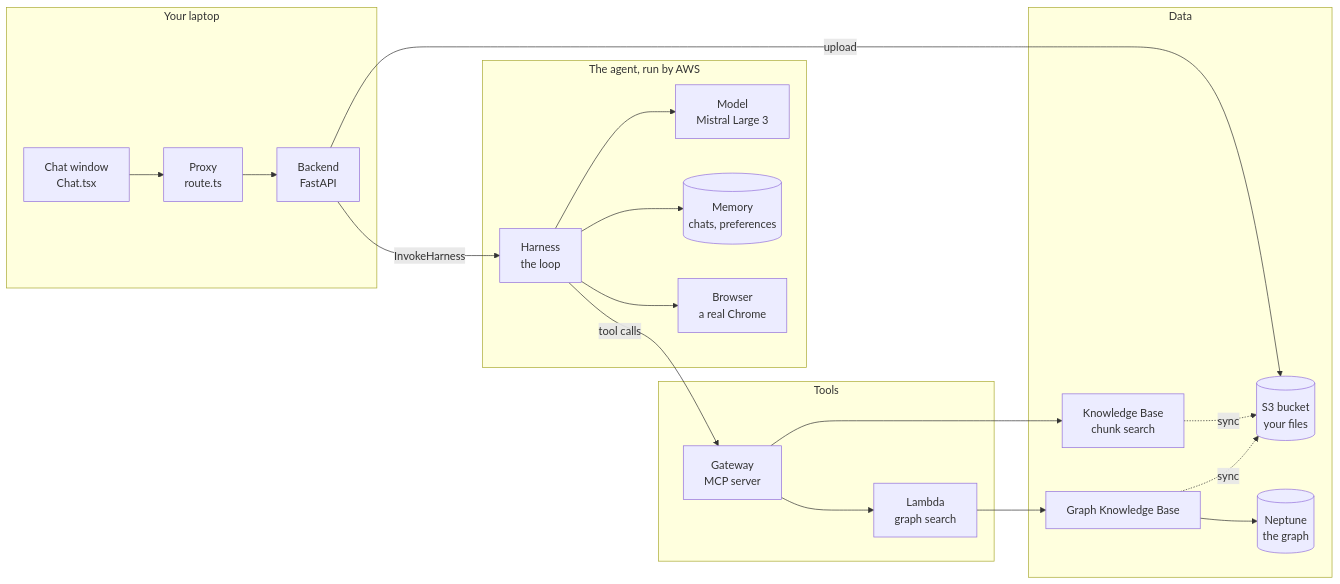
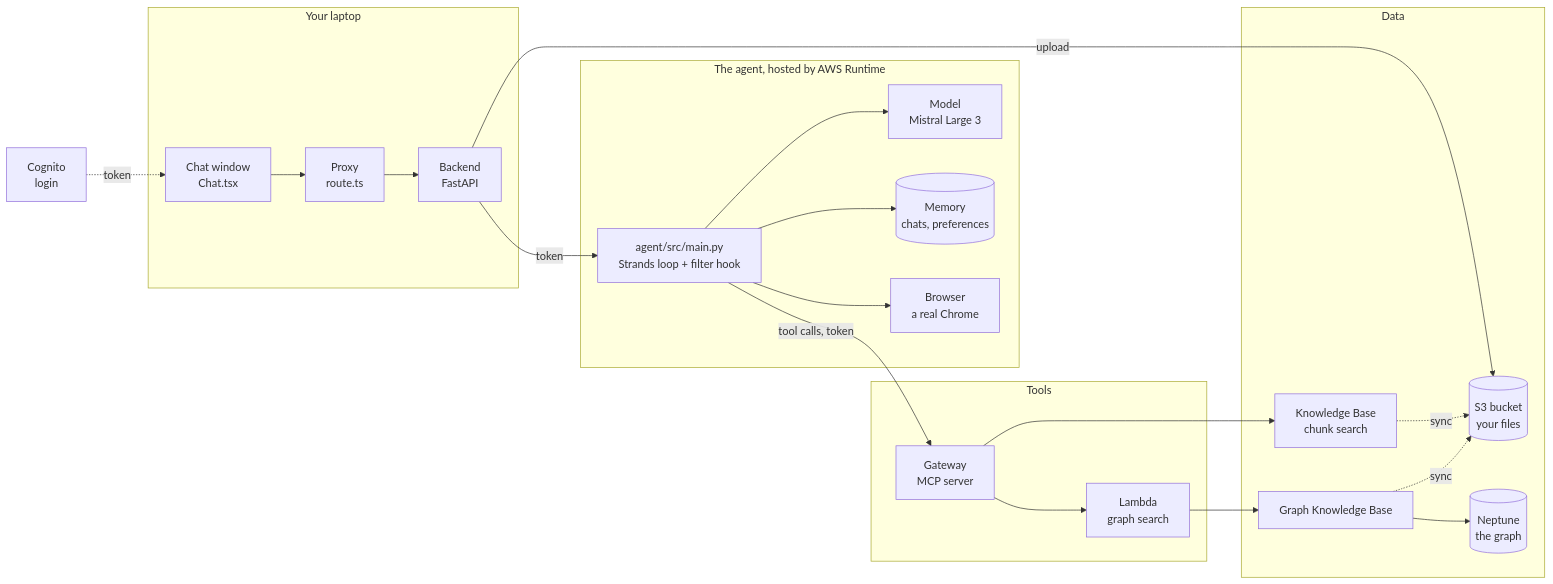
The first of 21 diagrams in docs/course.md (yashzord/Docs_Copilot), drawn with Mermaid before and after one commit. The commit also changed other lines of this file and 5 other files, not shown here.

First line of the commit message:
docs: course, README and demo for the login, the Runtime agent and the Cedar policy

````diff
--- a/docs/course.md
+++ b/docs/course.md
@@ -35,26 +35,27 @@
 ```mermaid
 flowchart LR
     subgraph L[Your laptop]
         B[Chat window<br/>Chat.tsx] --> P[Proxy<br/>route.ts] --> F[Backend<br/>FastAPI]
     end
-    subgraph A[The agent, run by AWS]
-        H[Harness<br/>the loop] --> M[Model<br/>Mistral Large 3]
+        subgraph A[The agent, hosted by AWS Runtime]
+        H[agent/src/main.py<br/>Strands loop + filter hook] --> M[Model<br/>Mistral Large 3]
         H --> Me[(Memory<br/>chats, preferences)]
         H --> W[Browser<br/>a real Chrome]
     end
     subgraph T[Tools]
         G[Gateway<br/>MCP server] --> La[Lambda<br/>graph search]
     end
     subgraph D[Data]
         S[(S3 bucket<br/>your files)]
         K[Knowledge Base<br/>chunk search]
         GK[Graph Knowledge Base] --> N[(Neptune<br/>the graph)]
     end
-    F -->|InvokeHarness| H
-    H -->|tool calls| G
+        C[Cognito<br/>login] -.token.-> B
+    F -->|token| H
+    H -->|tool calls, token| G
     G --> K
     La --> GK
     F -->|upload| S
     K -.sync.-> S
     GK -.sync.-> S
 ```
````
